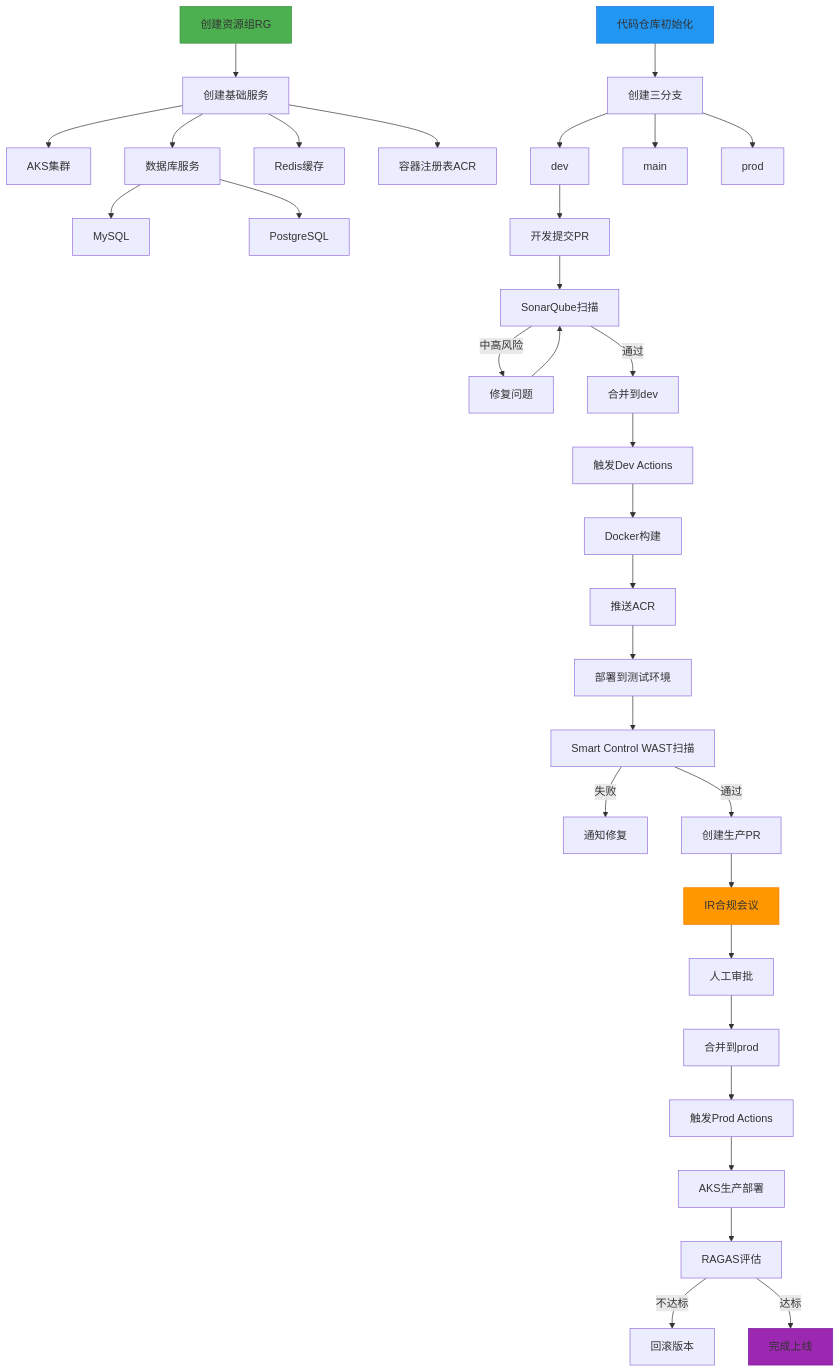
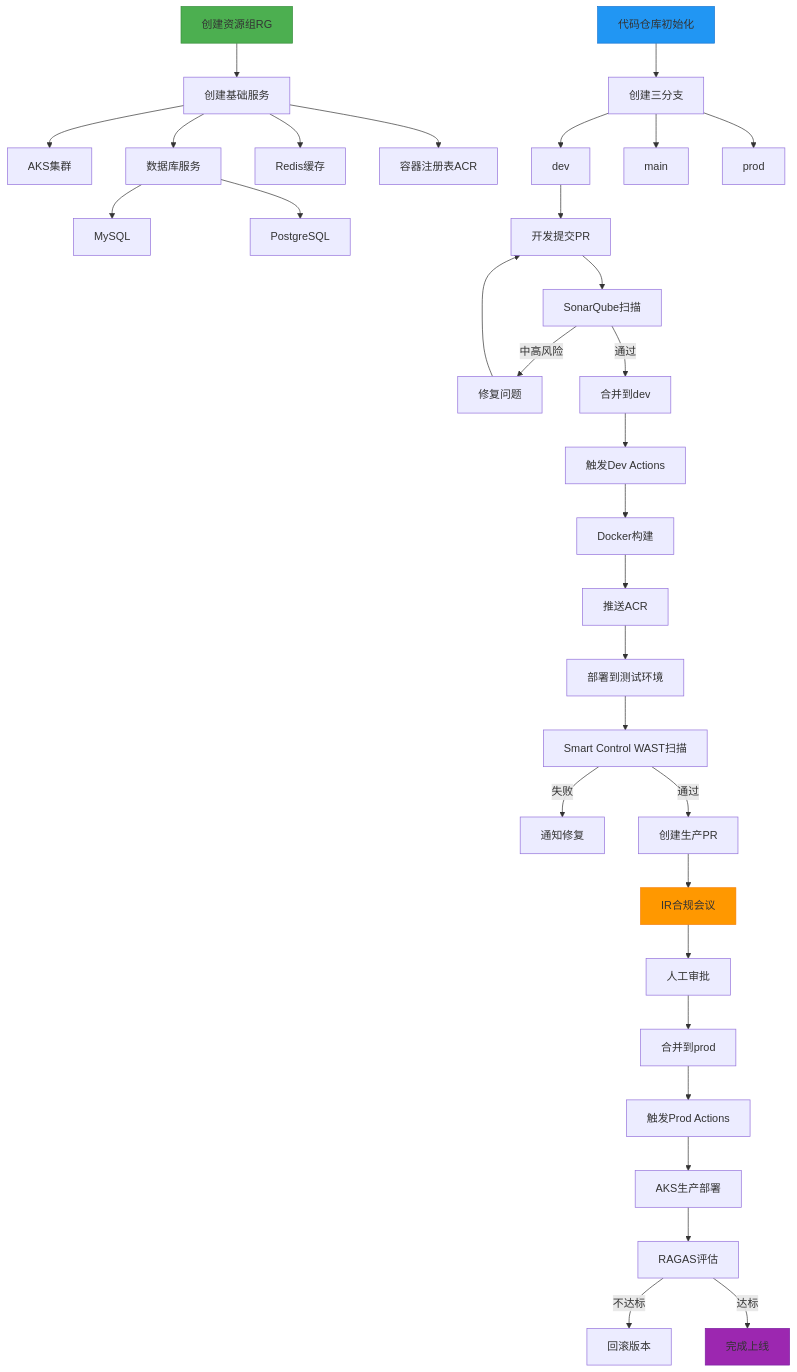
The diagram in all/未命名-1.md (funnyData/iodraw-files), drawn with Mermaid before and after one commit.

Commit message:
2025-02-27 01:20:42 update

````diff
--- a/all/未命名-1.md
+++ b/all/未命名-1.md
@@ -1,50 +1,51 @@
 ```mermaid
 graph TD
     A[创建资源组RG] --> B[创建基础服务]
     B --> C[AKS集群]
     B --> D[数据库服务]
     D --> DA[MySQL]
     D --> DB[PostgreSQL]
     B --> E[Redis缓存]
     B --> F[容器注册表ACR]
     
     G[代码仓库初始化] --> H[创建三分支]
     H --> I[dev]
     H --> J[main]
     H --> K[prod]
     
     I --> L[开发提交PR]
     L --> M[SonarQube扫描]
     M -->|中高风险| N[修复问题]
-    N --> 
+    N --> L
     M -->|通过| O[合并到dev]
     
     O --> P[触发Dev Actions]
     P --> Q[Docker构建]
     Q --> R[推送ACR]
     R --> S[部署到测试环境]
     
     S --> T[Smart Control WAST扫描]
     T -->|失败| U[通知修复]
+    
     
     T -->|通过| V[创建生产PR]
     
     V --> W[IR合规会议]
     W --> X[人工审批]
     X --> Y[合并到prod]
     
     Y --> Z[触发Prod Actions]
     Z --> AC[AKS生产部署]
     %% Z --> AA[安全扫描]
     %% AA -->|高风险| AB[终止部署]
     %% AA -->|通过| AC[AKS生产部署]
     
     AC --> AD[RAGAS评估]
     AD -->|不达标| AE[回滚版本]
     AD -->|达标| AF[完成上线]
     
     style A fill:#4CAF50,stroke:#388E3C
     style G fill:#2196F3,stroke:#1976D2
     style W fill:#FF9800,stroke:#F57C00
     style AF fill:#9C27B0,stroke:#7B1FA2
 ```
````
